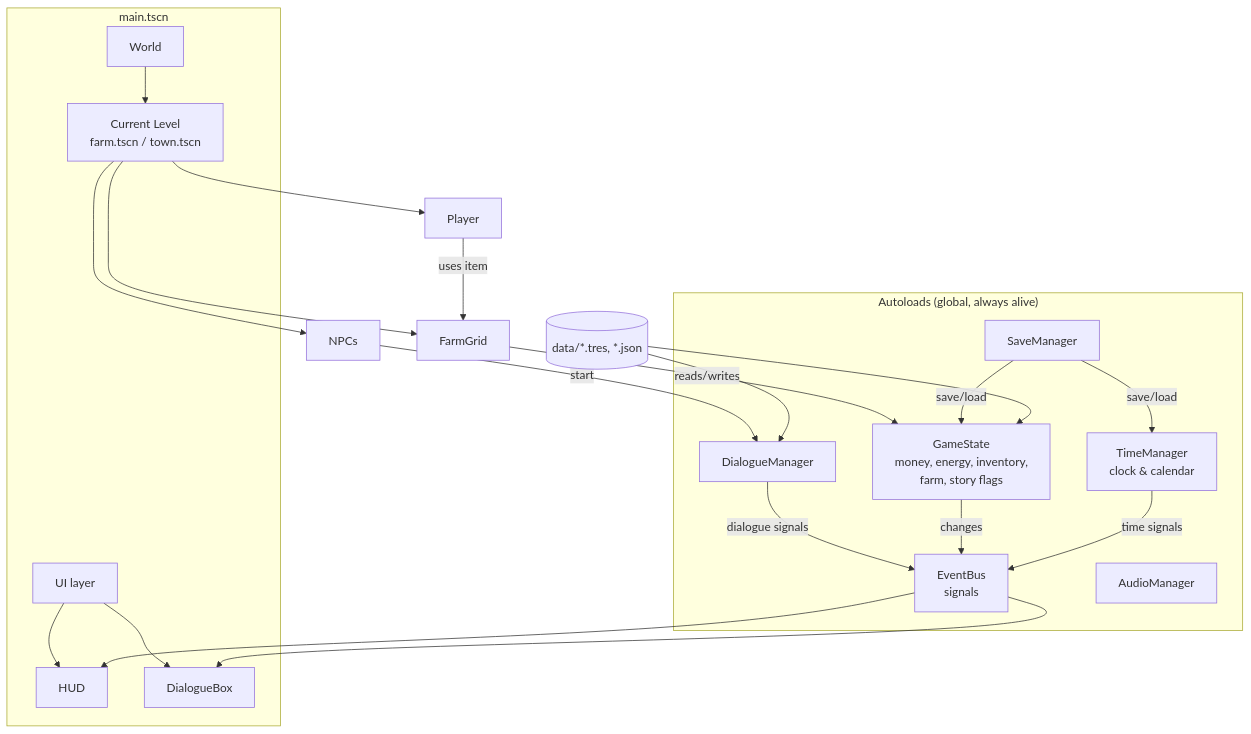
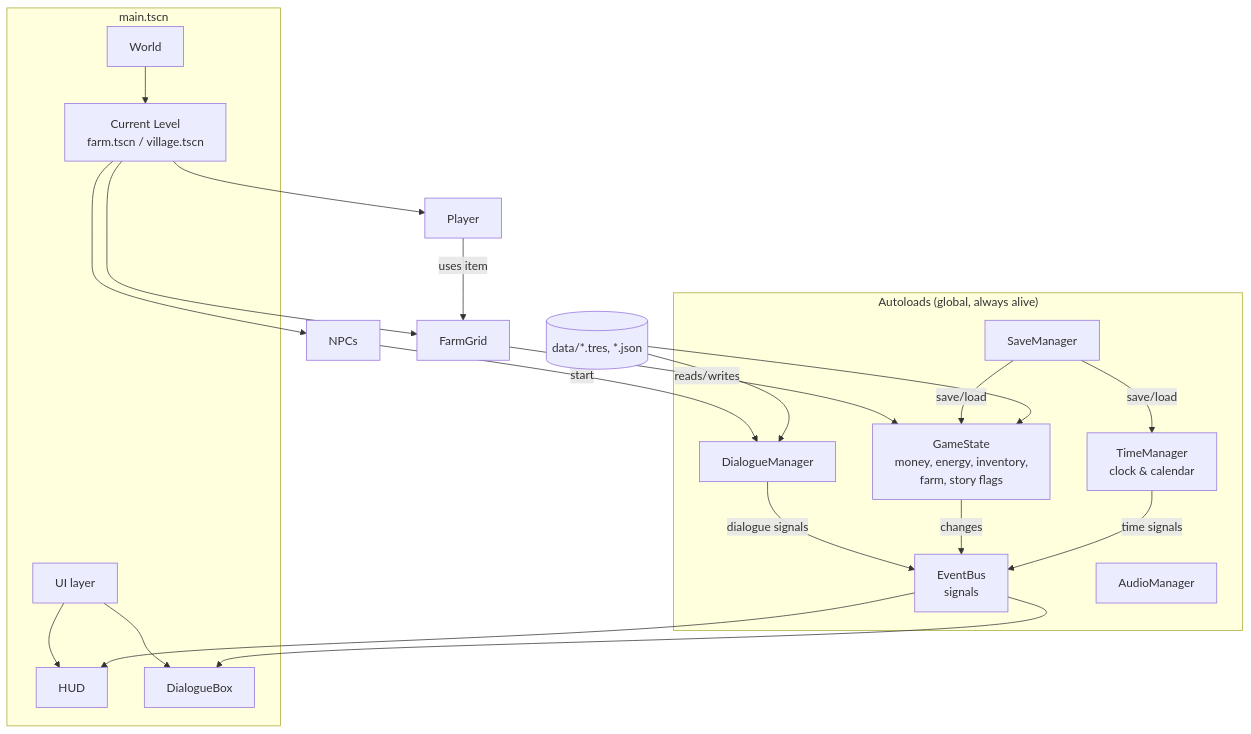
The diagram in docs/ARCHITECTURE.md (zigeorge/future-land), drawn with Mermaid before and after one commit. The commit also changed other lines of this file and 74 other files, not shown here.

First line of the commit message:
Add story intro, avatar selection, and farm and village maps from the design docs

````diff
--- a/docs/ARCHITECTURE.md
+++ b/docs/ARCHITECTURE.md
@@ -11,34 +11,34 @@
 ```mermaid
 flowchart TD
     subgraph Autoloads["Autoloads (global, always alive)"]
         EB[EventBus<br/>signals]
         TM[TimeManager<br/>clock & calendar]
         GS[GameState<br/>money, energy, inventory,<br/>farm, story flags]
         DM[DialogueManager]
         AM[AudioManager]
         SM[SaveManager]
     end
 
     subgraph Main["main.tscn"]
-        W[World] --> L[Current Level<br/>farm.tscn / town.tscn]
+        W[World] --> L[Current Level<br/>farm.tscn / village.tscn]
         UI[UI layer] --> HUD
         UI --> DB[DialogueBox]
     end
 
     L --> P[Player]
     L --> N[NPCs]
     L --> FG[FarmGrid]
 
     P -- uses item --> FG
     FG -- reads/writes --> GS
     N -- start --> DM
     DM -- dialogue signals --> EB
     GS -- changes --> EB
     TM -- time signals --> EB
     EB --> HUD
     EB --> DB
     SM -- save/load --> GS
     SM -- save/load --> TM
     Data[(data/*.tres, *.json)] --> GS
     Data --> DM
 ```
````
